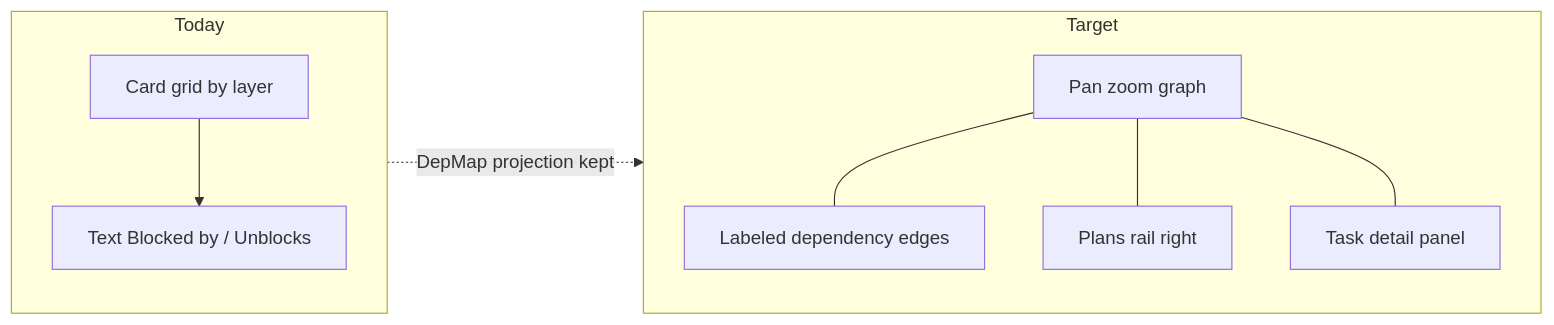
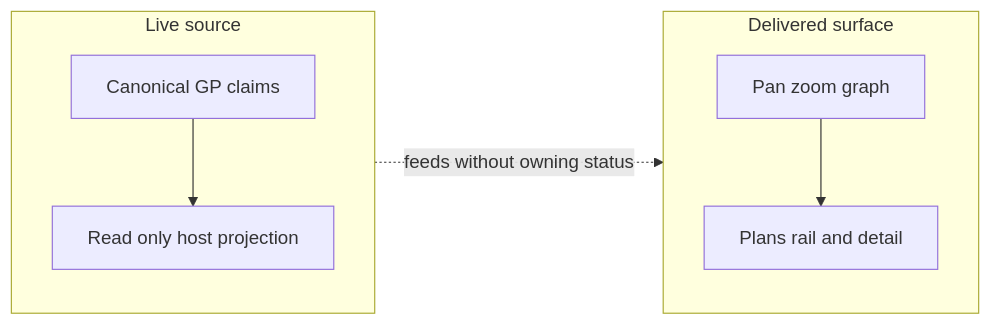
Before and after one commit to drive-mode/cline-drivecode: the first of 5 diagrams in docs/drivecode/plans/cline-drivemode/initiatives/status-dependency-graph/UX.md, drawn with Mermaid. The commit also changed other lines of this file and 13 other files, not shown here.

Commit message:
docs(drive): align architecture maps and task compiler

````diff
--- a/docs/drivecode/plans/cline-drivemode/initiatives/status-dependency-graph/UX.md
+++ b/docs/drivecode/plans/cline-drivemode/initiatives/status-dependency-graph/UX.md
@@ -15,18 +18,14 @@
 ```mermaid
 flowchart LR
-  subgraph today [Today]
-    Cards[Card grid by layer]
-    Aside[Text Blocked by / Unblocks]
-    Cards --> Aside
+  subgraph today [Delivered surface]
+    Viewport[Pan zoom graph]
+    Rail[Plans rail and detail]
+    Viewport --> Rail
   end
-  subgraph target [Target]
-    Viewport[Pan zoom graph]
-    Edges[Labeled dependency edges]
-    PlansRail[Plans rail right]
-    Detail[Task detail panel]
-    Viewport --- Edges
-    Viewport --- PlansRail
-    Viewport --- Detail
+  subgraph target [Live source]
+    Claims[Canonical GP claims]
+    Host[Read only host projection]
+    Claims --> Host
   end
-  today -.->|"DepMap projection kept"| target
+  target -.->|"feeds without owning status"| today
 ```
````
